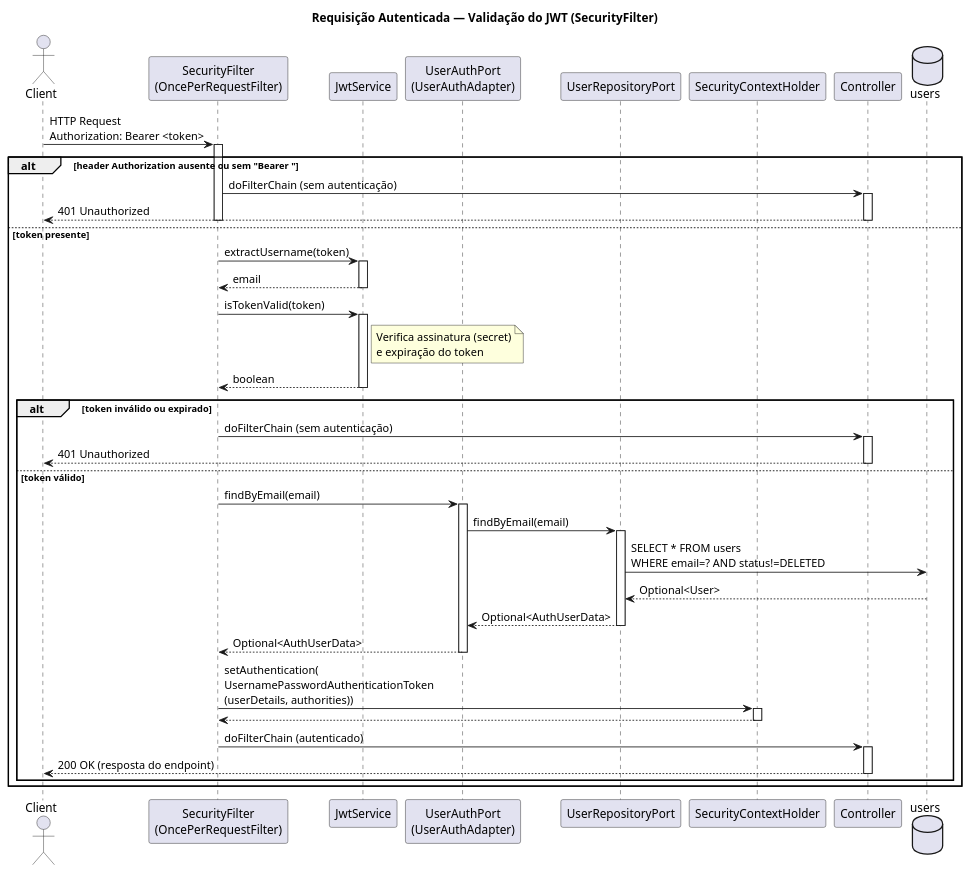
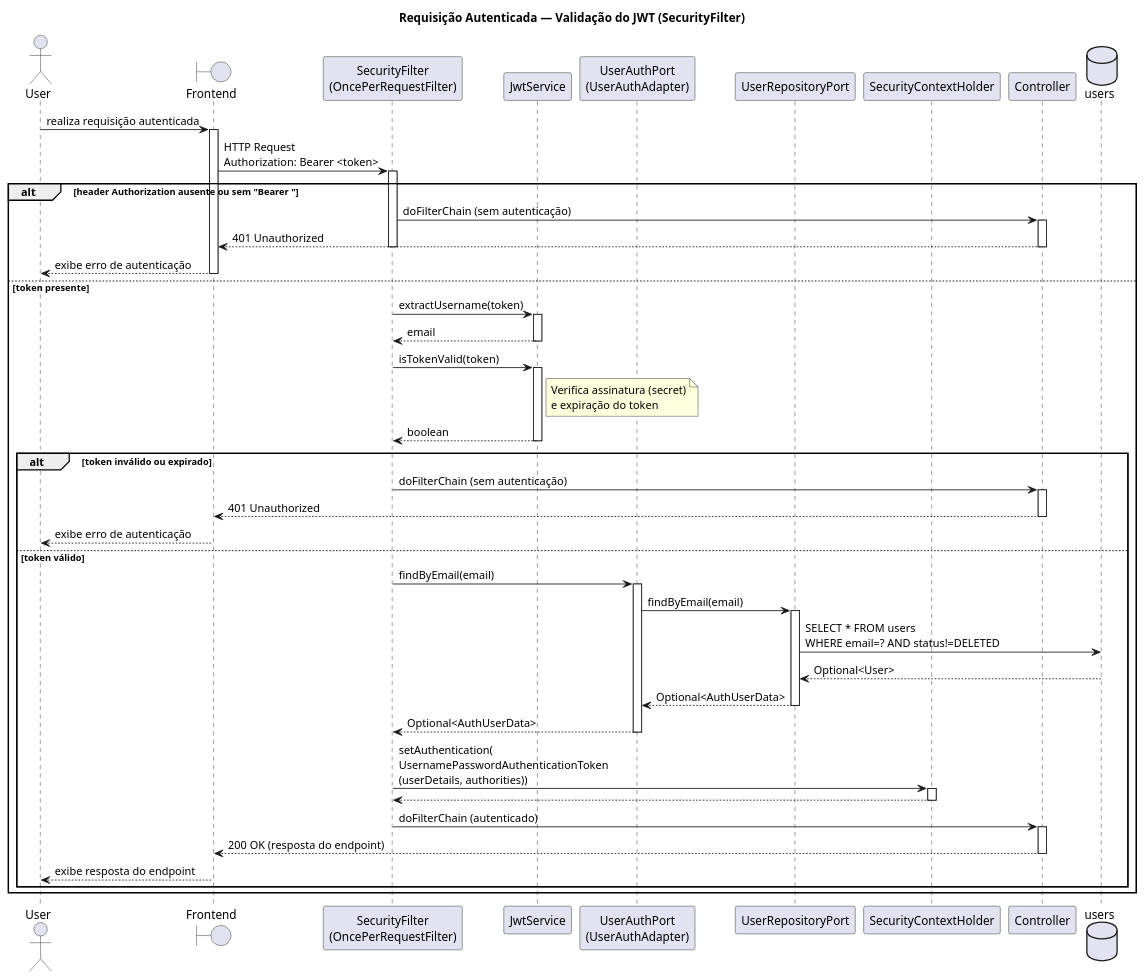
One commit to Neoguara/rooms-diagrams changed the diagram in sequencia/auth/jwt_filter.puml. Above: the diagram before and after it, drawn with PlantUML. The commit also changed 28 other files, not shown here.

```diff
--- a/sequencia/auth/jwt_filter.puml
+++ b/sequencia/auth/jwt_filter.puml
@@ -1,66 +1,75 @@
 @startuml jwt_filter
 
 title Requisição Autenticada — Validação do JWT (SecurityFilter)
 
-actor Client
+actor User
+boundary "Frontend" as FE
 participant "SecurityFilter\n(OncePerRequestFilter)" as Filter
 participant "JwtService" as Jwt
 participant "UserAuthPort\n(UserAuthAdapter)" as AuthPort
 participant "UserRepositoryPort" as UserRepo
 participant "SecurityContextHolder" as SecCtx
 participant "Controller" as Ctrl
 database "users" as DB
 
-Client -> Filter: HTTP Request\nAuthorization: Bearer <token>
+User -> FE: realiza requisição autenticada
+activate FE
+FE -> Filter: HTTP Request\nAuthorization: Bearer <token>
 activate Filter
 
 alt header Authorization ausente ou sem "Bearer "
   Filter -> Ctrl: doFilterChain (sem autenticação)
   activate Ctrl
-  Ctrl --> Client: 401 Unauthorized
+  Ctrl --> FE: 401 Unauthorized
   deactivate Ctrl
   deactivate Filter
+  FE --> User: exibe erro de autenticação
+  deactivate FE
 else token presente
   Filter -> Jwt: extractUsername(token)
   activate Jwt
   Jwt --> Filter: email
   deactivate Jwt
 
   Filter -> Jwt: isTokenValid(token)
   activate Jwt
   note right of Jwt: Verifica assinatura (secret)\ne expiração do token
   Jwt --> Filter: boolean
   deactivate Jwt
 
   alt token inválido ou expirado
     Filter -> Ctrl: doFilterChain (sem autenticação)
     activate Ctrl
-    Ctrl --> Client: 401 Unauthorized
+    Ctrl --> FE: 401 Unauthorized
     deactivate Ctrl
     deactivate Filter
+    FE --> User: exibe erro de autenticação
+    deactivate FE
   else token válido
     Filter -> AuthPort: findByEmail(email)
     activate AuthPort
     AuthPort -> UserRepo: findByEmail(email)
     activate UserRepo
     UserRepo -> DB: SELECT * FROM users\nWHERE email=? AND status!=DELETED
     DB --> UserRepo: Optional<User>
     UserRepo --> AuthPort: Optional<AuthUserData>
     deactivate UserRepo
     AuthPort --> Filter: Optional<AuthUserData>
     deactivate AuthPort
 
     Filter -> SecCtx: setAuthentication(\nUsernamePasswordAuthenticationToken\n(userDetails, authorities))
     activate SecCtx
     SecCtx --> Filter:
     deactivate SecCtx
 
     Filter -> Ctrl: doFilterChain (autenticado)
     activate Ctrl
-    Ctrl --> Client: 200 OK (resposta do endpoint)
+    Ctrl --> FE: 200 OK (resposta do endpoint)
     deactivate Ctrl
     deactivate Filter
+    FE --> User: exibe resposta do endpoint
+    deactivate FE
   end
 end
 
 @enduml
```
